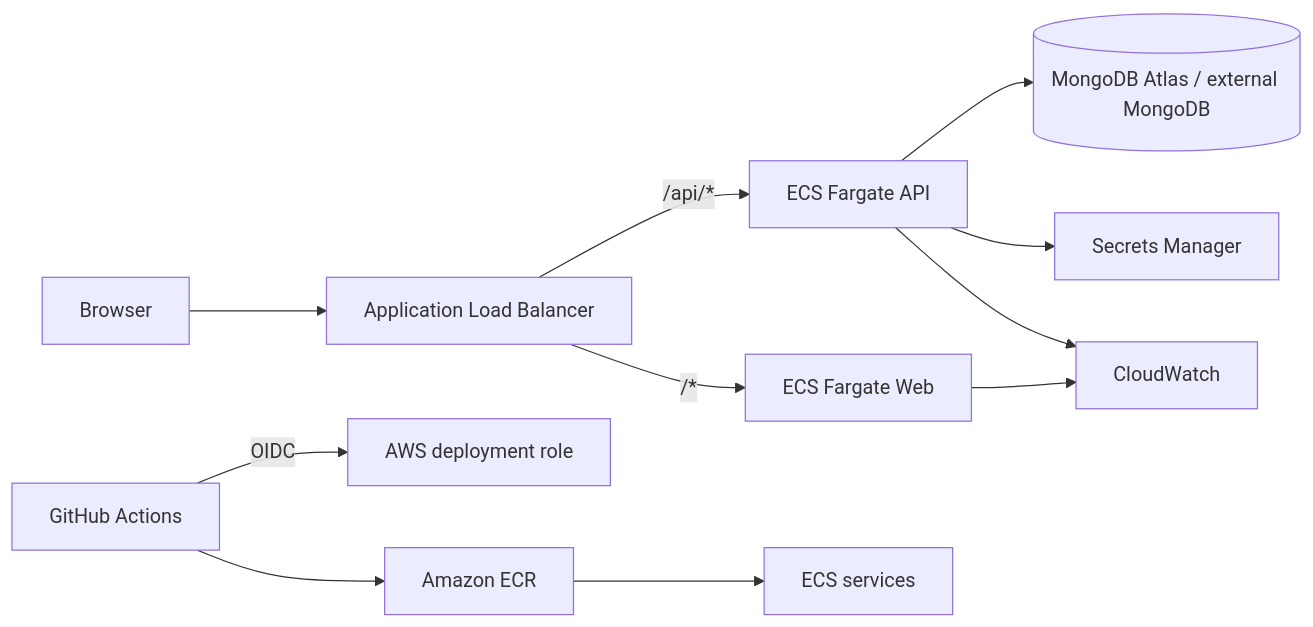
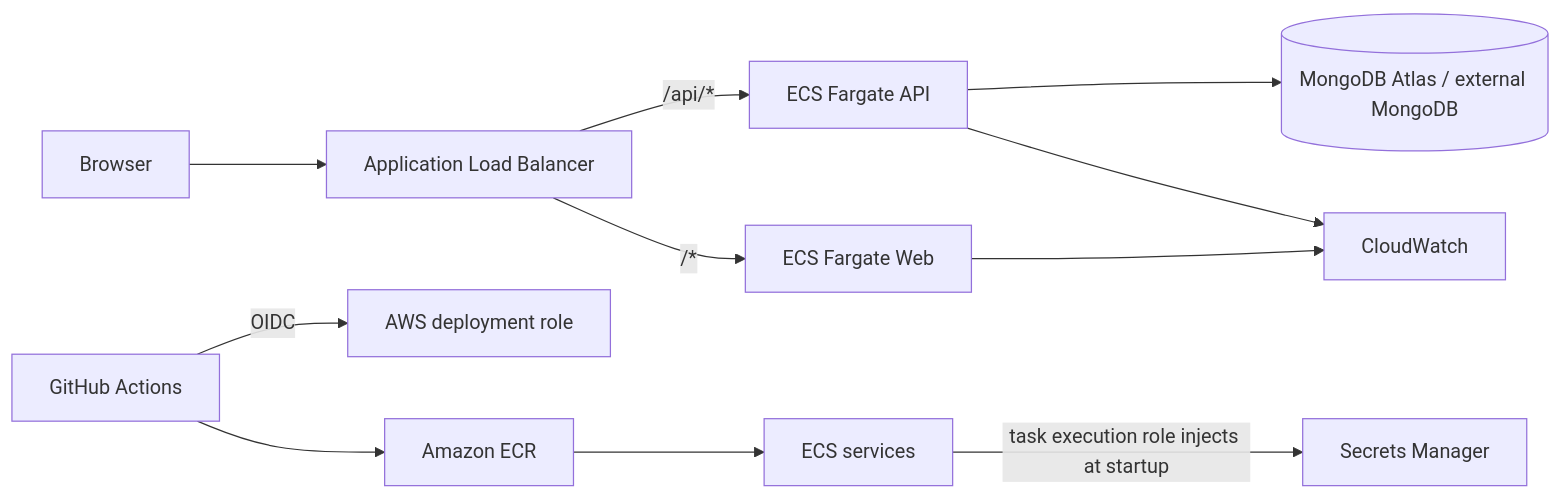
One commit to S-charan120/homaid-aws-ecs changed the diagram in README.md. Above: the diagram before and after it, drawn with Mermaid. The commit also changed 8 other files, not shown here.

First line of the commit message:
ci: make ECS validation and architecture documentation accurate

````diff
--- a/README.md
+++ b/README.md
@@ -21,13 +21,13 @@
 ```mermaid
 flowchart LR
   U[Browser] --> ALB[Application Load Balancer]
   ALB -->|/api/*| API[ECS Fargate API]
   ALB -->|/*| WEB[ECS Fargate Web]
   API --> DB[(MongoDB Atlas / external MongoDB)]
-  API --> SM[Secrets Manager]
+  ECS[ECS Fargate tasks] -->|task execution role injects at startup| SM[Secrets Manager]
   API --> CW[CloudWatch]
   WEB --> CW
   GH[GitHub Actions] -->|OIDC| IAM[AWS deployment role]
   GH --> ECR[Amazon ECR]
   ECR --> ECS[ECS services]
 ```
````
